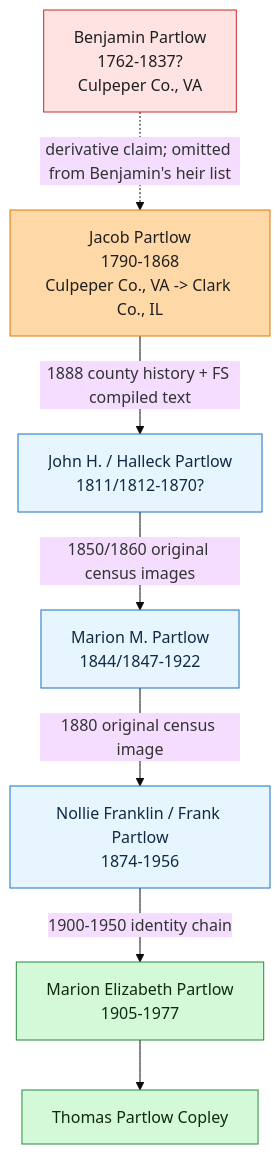
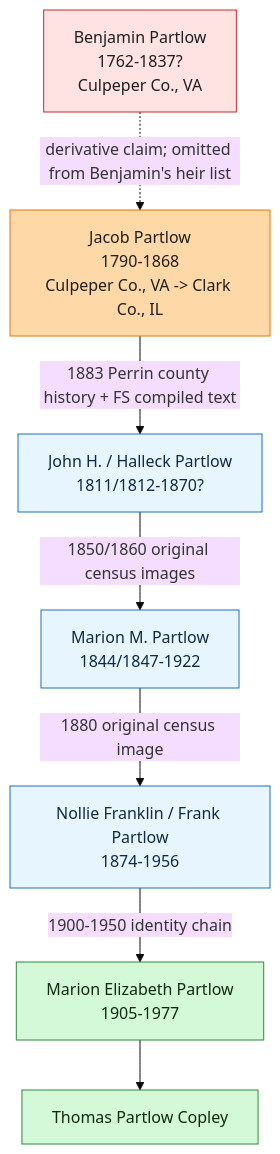
One commit to zcopley/copley-family-research changed the diagram in People/Benjamin Partlow.md. Above: the diagram before and after it, drawn with Mermaid (base theme). The commit also changed other lines of this file and 18 other files, not shown here.

````diff
--- a/People/Benjamin Partlow.md
+++ b/People/Benjamin Partlow.md
@@ -52,27 +52,27 @@
 ```mermaid
 graph TD
     BP["Benjamin Partlow<br/>1762-1837?<br/>Culpeper Co., VA"]
     JP["Jacob Partlow<br/>1790-1868<br/>Culpeper Co., VA -> Clark Co., IL"]
     JH["John H. / Halleck Partlow<br/>1811/1812-1870?"]
     MM["Marion M. Partlow<br/>1844/1847-1922"]
     NF["Nollie Franklin / Frank Partlow<br/>1874-1956"]
     ME["Marion Elizabeth Partlow<br/>1905-1977"]
     TCP["Thomas Partlow Copley"]
 
     BP -. "derivative claim; omitted from Benjamin's heir list" .-> JP
-    JP -->|"1888 county history + FS compiled text"| JH
+    JP -->|"1883 Perrin county history + FS compiled text"| JH
     JH -->|"1850/1860 original census images"| MM
     MM -->|"1880 original census image"| NF
     NF -->|"1900-1950 identity chain"| ME
     ME --> TCP
 
     class BP patriot
     class JP questioned
     class JH,MM,NF lineage
     class ME,TCP descendant
 
     classDef patriot fill:#ffe3e3,stroke:#c92a2a,color:#1f1f1f;
     classDef questioned fill:#ffd8a8,stroke:#e67700,color:#1f1f1f;
     classDef lineage fill:#e7f5ff,stroke:#1971c2,color:#102a43;
     classDef descendant fill:#d3f9d8,stroke:#2b8a3e,color:#102a12;
 ```
````
